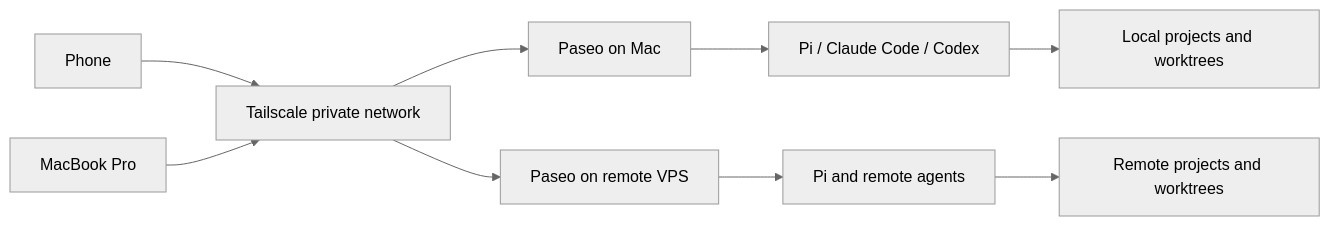
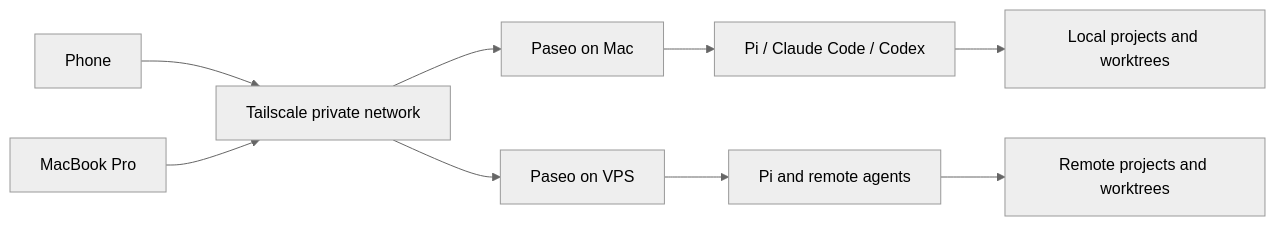
Before and after one commit to sagarsrc/sagarsarkale.com: the first of 2 diagrams in content/agents/paseo-control-plane-for-coding-agents.md, drawn with Mermaid (neutral theme). The commit also changed other lines of this file and 4 other files, not shown here.

```diff
--- a/content/agents/paseo-control-plane-for-coding-agents.md
+++ b/content/agents/paseo-control-plane-for-coding-agents.md
@@ -70,11 +40,11 @@
 {{<mermaid>}}
 graph LR
     Phone[Phone] --> Tailnet[Tailscale private network]
     Mac[MacBook Pro] --> Tailnet
-    Tailnet --> MacDaemon[Paseo on Mac]
-    Tailnet --> VPSDaemon[Paseo on remote VPS]
-    MacDaemon --> LocalAgents[Pi / Claude Code / Codex]
-    VPSDaemon --> RemoteAgents[Pi and remote agents]
+    Tailnet --> LocalPaseo[Paseo on Mac]
+    Tailnet --> RemotePaseo[Paseo on VPS]
+    LocalPaseo --> LocalAgents[Pi / Claude Code / Codex]
+    RemotePaseo --> RemoteAgents[Pi and remote agents]
     LocalAgents --> LocalRepos[Local projects and worktrees]
     RemoteAgents --> RemoteRepos[Remote projects and worktrees]
 {{</mermaid>}}
```
